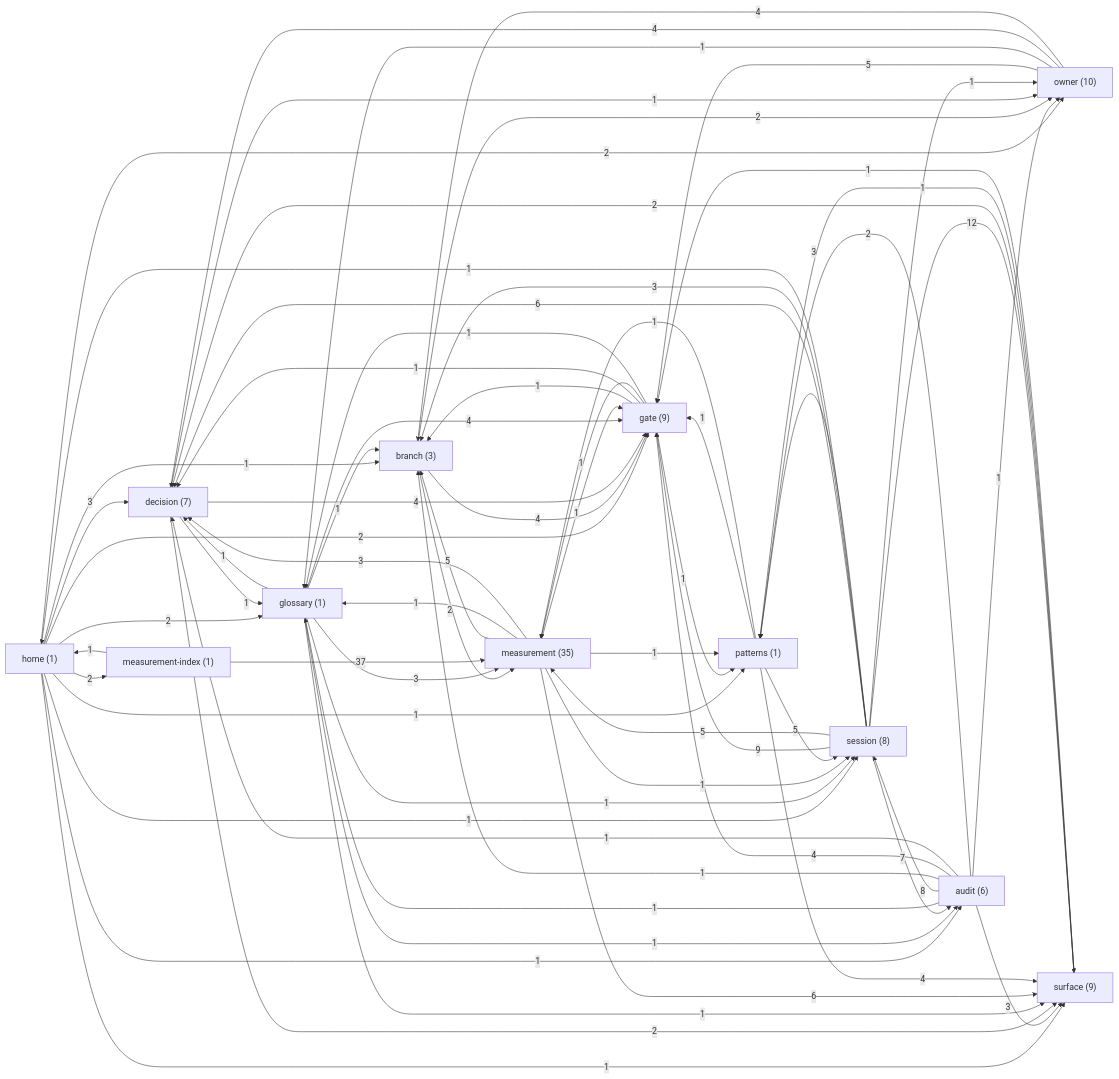
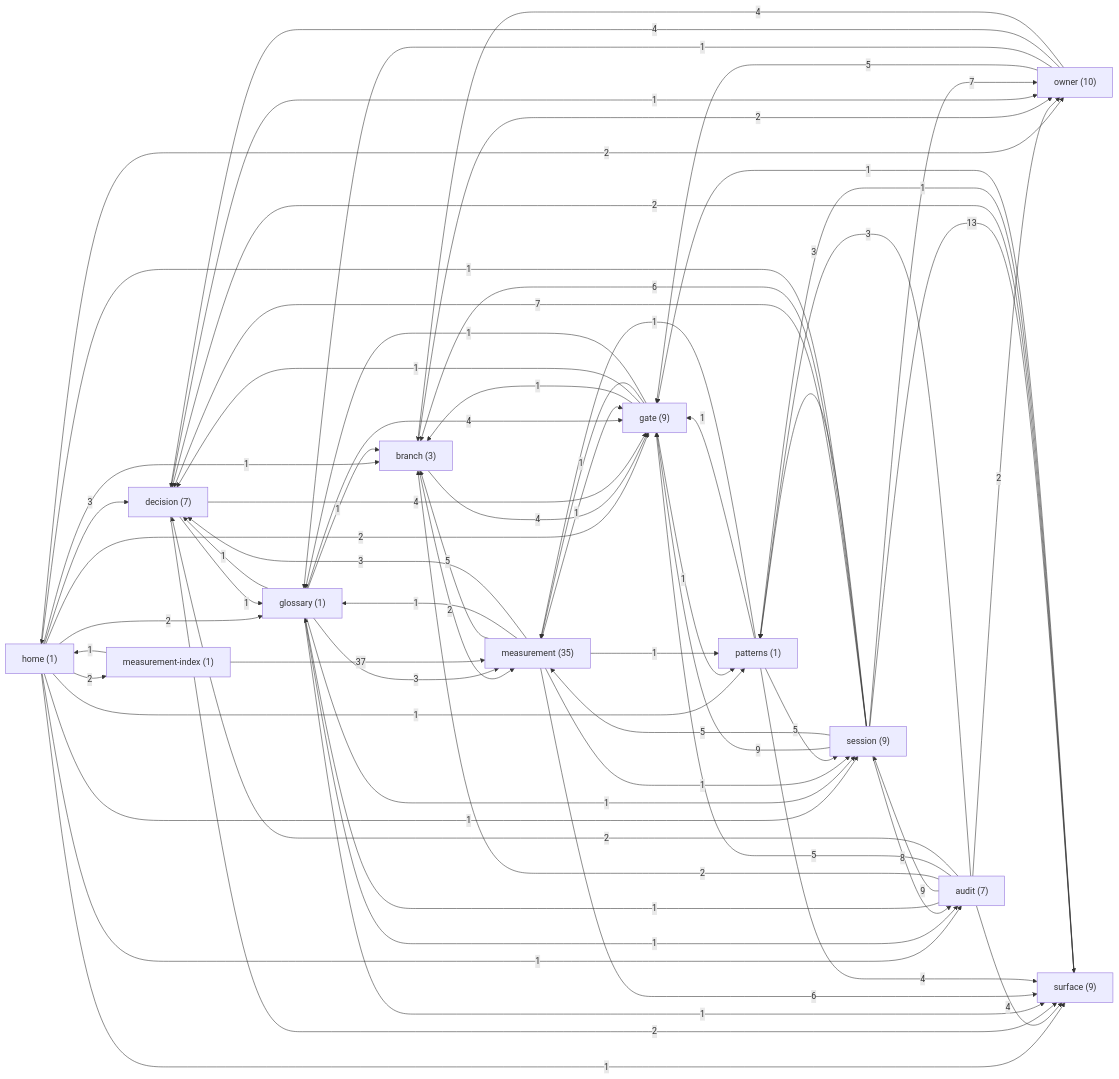
One commit to sergey9519546/STORYMACHINE changed the diagram in docs/brain/GRAPH.md. Above: the diagram before and after it, drawn with Mermaid. The commit also changed other lines of this file and 8 other files, not shown here.

````diff
--- a/docs/brain/GRAPH.md
+++ b/docs/brain/GRAPH.md
@@ -9,81 +9,81 @@
 ```mermaid
 graph LR
   home["home (1)"]
-  audit["audit (6)"]
+  audit["audit (7)"]
   branch["branch (3)"]
   decision["decision (7)"]
   gate["gate (9)"]
   glossary["glossary (1)"]
   measurement["measurement (35)"]
   measurement_index["measurement-index (1)"]
   owner["owner (10)"]
   patterns["patterns (1)"]
-  session["session (8)"]
+  session["session (9)"]
   surface["surface (9)"]
   home -->|3| decision
   home -->|2| glossary
   home -->|2| gate
   home -->|2| measurement_index
   home -->|2| owner
   home -->|1| surface
   home -->|1| session
   home -->|1| audit
   home -->|1| branch
   home -->|1| patterns
   audit -->|1| glossary
-  audit -->|8| session
-  audit -->|1| branch
-  audit -->|4| gate
-  audit -->|1| decision
-  audit -->|2| patterns
-  audit -->|1| owner
-  audit -->|3| surface
+  audit -->|9| session
+  audit -->|2| branch
+  audit -->|5| gate
+  audit -->|2| decision
+  audit -->|3| patterns
+  audit -->|2| owner
+  audit -->|4| surface
   branch -->|2| measurement
   branch -->|4| gate
   branch -->|2| owner
   decision -->|1| glossary
   decision -->|4| gate
   decision -->|2| surface
   decision -->|1| owner
   gate -->|1| branch
   gate -->|1| decision
   gate -->|1| measurement
   gate -->|1| patterns
   gate -->|1| glossary
   glossary -->|1| branch
   glossary -->|3| measurement
   glossary -->|1| surface
   glossary -->|4| gate
   glossary -->|1| session
   glossary -->|1| decision
   glossary -->|1| audit
   measurement -->|5| branch
   measurement -->|1| gate
   measurement -->|1| glossary
   measurement -->|1| session
   measurement -->|3| decision
   measurement -->|1| patterns
   measurement -->|6| surface
   measurement_index -->|1| home
   measurement_index -->|37| measurement
   owner -->|5| gate
   owner -->|1| glossary
   owner -->|4| decision
   owner -->|4| branch
   patterns -->|5| session
   patterns -->|4| surface
   patterns -->|1| gate
   patterns -->|1| measurement
   session -->|9| gate
-  session -->|7| audit
+  session -->|8| audit
   session -->|5| measurement
-  session -->|6| decision
-  session -->|12| surface
-  session -->|3| branch
+  session -->|7| decision
+  session -->|13| surface
+  session -->|6| branch
   session -->|1| home
   session -->|3| patterns
-  session -->|1| owner
+  session -->|7| owner
   surface -->|2| decision
   surface -->|1| patterns
   surface -->|1| gate
 ```
````
